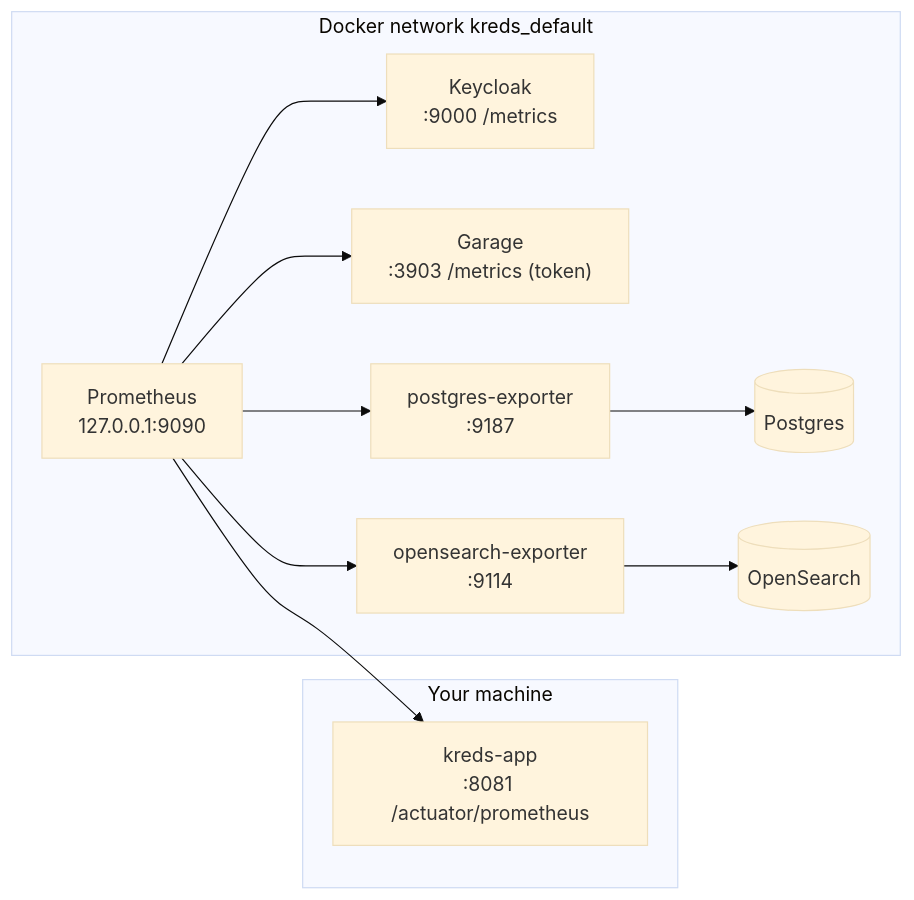
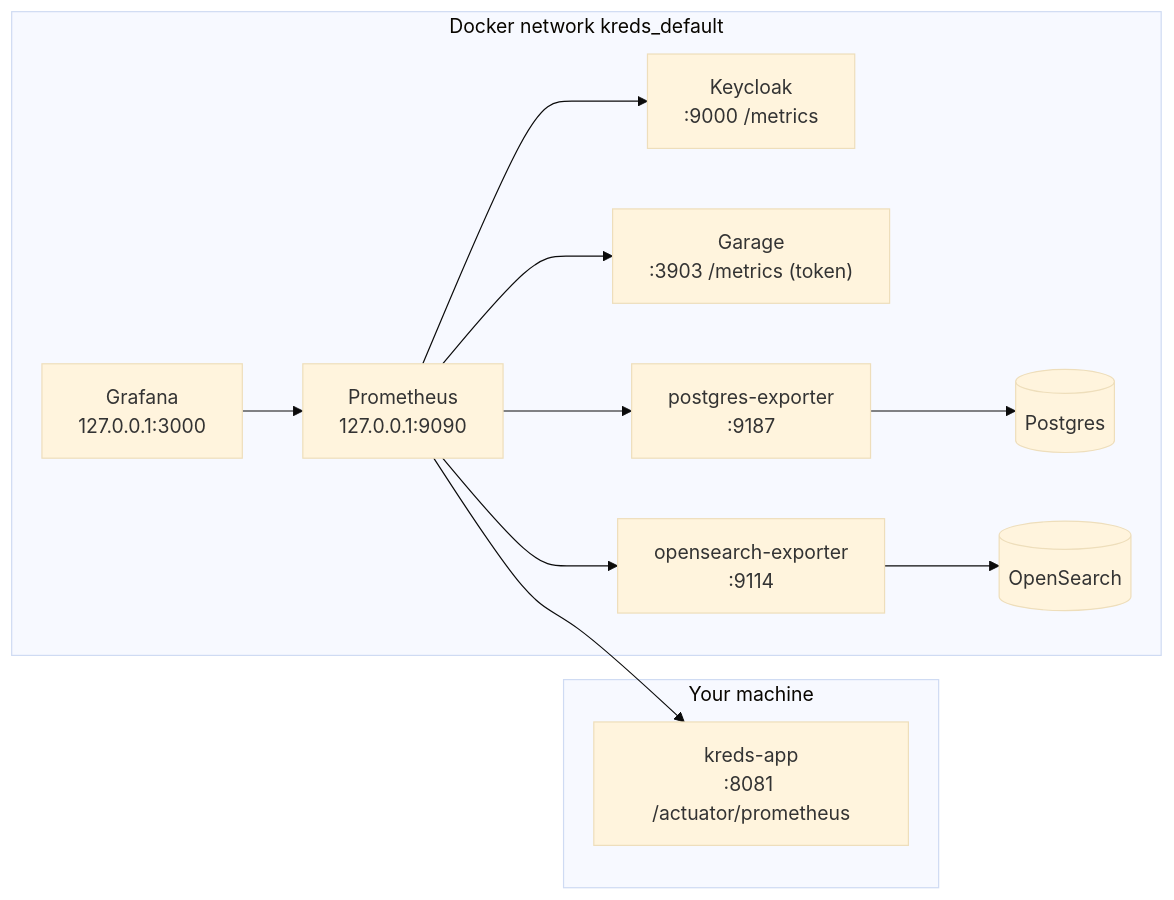
The diagram in docs/operations/monitoring.md (projectlinden/linden), drawn with Mermaid (base theme) before and after one commit. The commit also changed other lines of this file, not shown here.

Commit message:
docs(operations): document grafana, dashboards as code and the linux setup (#22)

````diff
--- a/docs/operations/monitoring.md
+++ b/docs/operations/monitoring.md
@@ -9,18 +9,20 @@
 ```mermaid
 flowchart LR
     subgraph host["Your machine"]
         app["kreds-app<br/>:8081 /actuator/prometheus"]
     end
     subgraph docker["Docker network kreds_default"]
         kc["Keycloak<br/>:9000 /metrics"]
         garage["Garage<br/>:3903 /metrics (token)"]
         pgx["postgres-exporter<br/>:9187"] --> pg[("Postgres")]
         osx["opensearch-exporter<br/>:9114"] --> os[("OpenSearch")]
         prom["Prometheus<br/>127.0.0.1:9090"]
+        grafana["Grafana<br/>127.0.0.1:3000"]
     end
+    grafana --> prom
     prom --> app
     prom --> kc
     prom --> garage
     prom --> pgx
     prom --> osx
 ```
````
